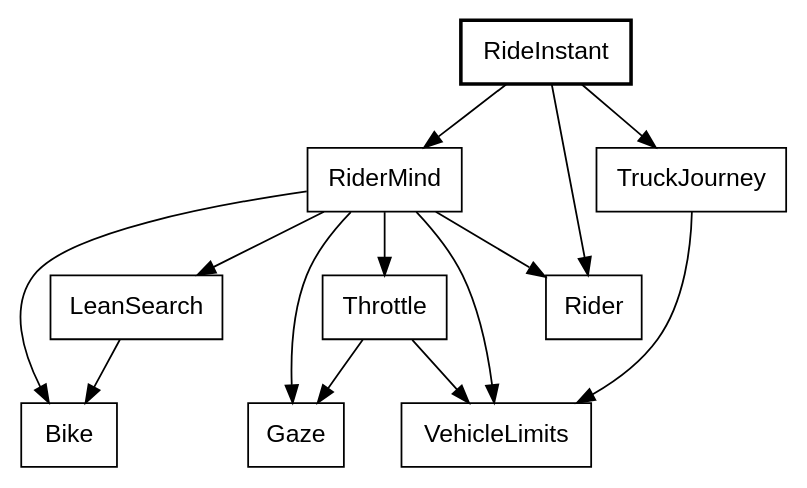
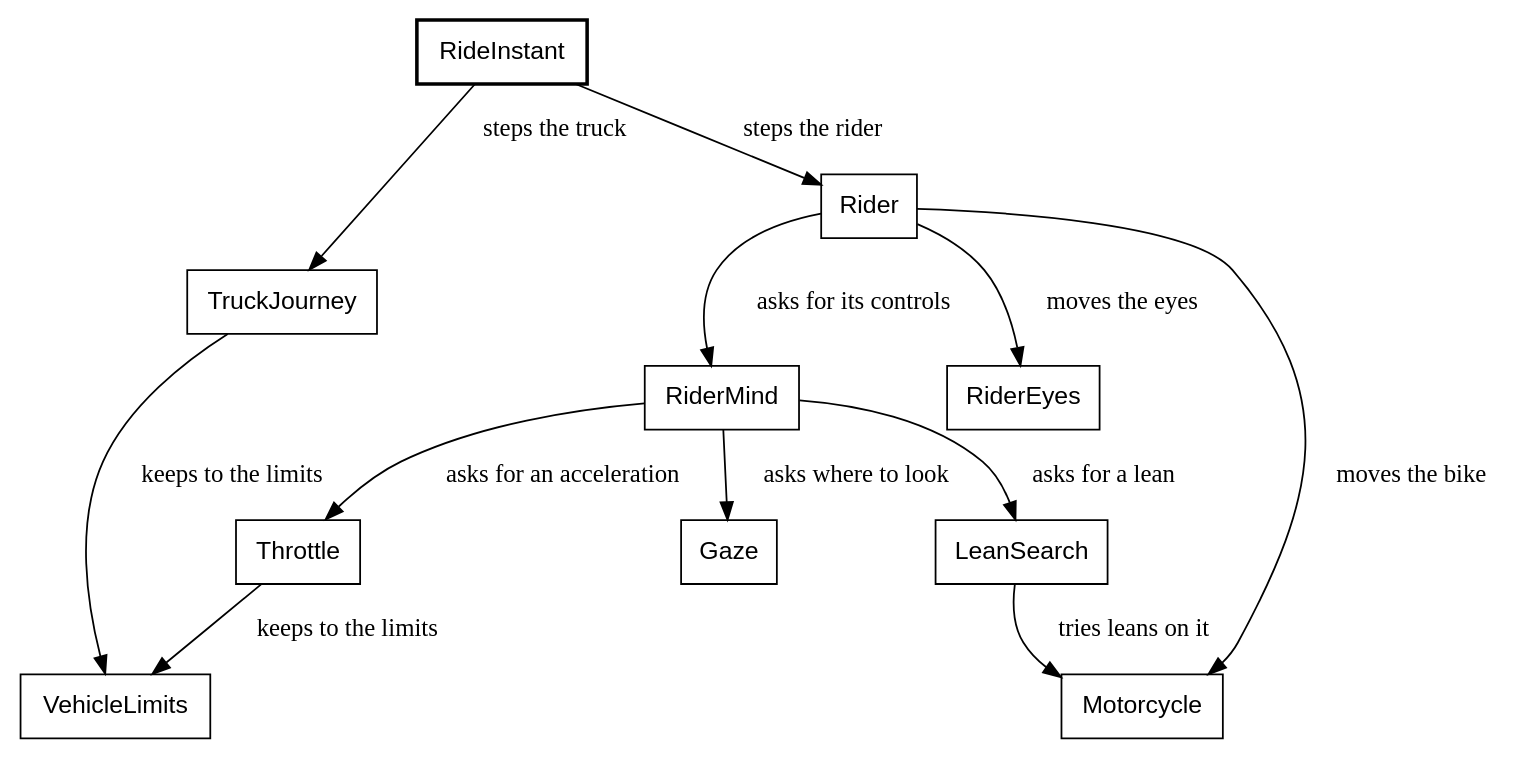
Before and after one commit to showell/roc-apps: diagram 15 of 30 in canvas_apps/safari/tutorial/tutorial.md, drawn with Graphviz. The commit also changed other lines of this file, not shown here.

````diff
--- a/canvas_apps/safari/tutorial/tutorial.md
+++ b/canvas_apps/safari/tutorial/tutorial.md
@@ -1578,19 +1578,17 @@
 ```dot
 digraph stepped {
   node [shape=box, fontname="Helvetica"];
   RideInstant [style=bold];
-  RideInstant -> RiderMind;
-  RideInstant -> TruckJourney;
-  RideInstant -> Rider;
-  RiderMind -> Bike;
-  RiderMind -> Throttle;
-  RiderMind -> LeanSearch;
-  RiderMind -> Gaze;
-  RiderMind -> Rider;
-  RiderMind -> VehicleLimits;
-  TruckJourney -> VehicleLimits;
-  Throttle -> Gaze;
-  Throttle -> VehicleLimits;
-  LeanSearch -> Bike;
+  RideInstant -> Rider [label="  steps the rider"];
+  RideInstant -> TruckJourney [label="  steps the truck"];
+  Rider -> RiderMind [label="  asks for its controls"];
+  Rider -> Motorcycle [label="  moves the bike"];
+  Rider -> RiderEyes [label="  moves the eyes"];
+  RiderMind -> Throttle [label="  asks for an acceleration"];
+  RiderMind -> LeanSearch [label="  asks for a lean"];
+  RiderMind -> Gaze [label="  asks where to look"];
+  Throttle -> VehicleLimits [label="  keeps to the limits"];
+  TruckJourney -> VehicleLimits [label="  keeps to the limits"];
+  LeanSearch -> Motorcycle [label="  tries leans on it"];
 }
 ```
````
